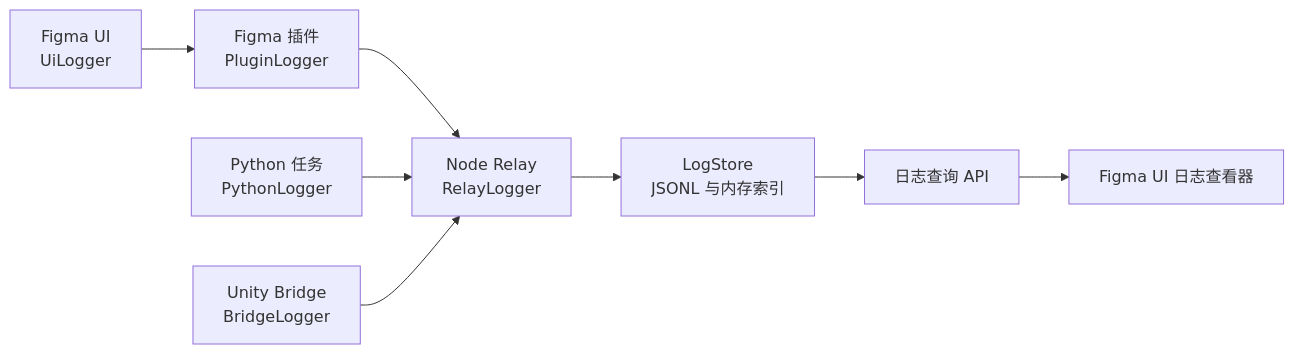
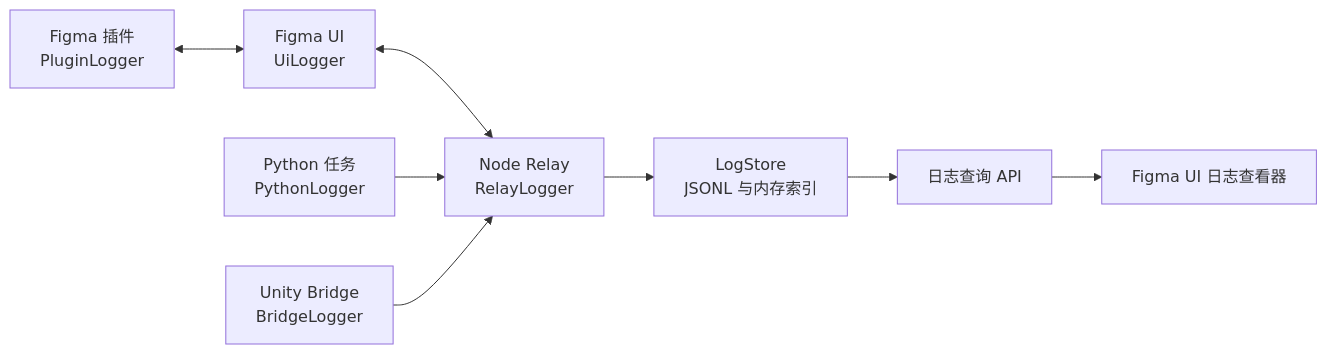
The diagram in docs/superpowers/specs/2026-07-18-end-to-end-logging-system-design.md (mrLeelin/FigmaCliReplay), drawn with Mermaid before and after one commit. The commit also changed other lines of this file, not shown here.

````diff
--- a/docs/superpowers/specs/2026-07-18-end-to-end-logging-system-design.md
+++ b/docs/superpowers/specs/2026-07-18-end-to-end-logging-system-design.md
@@ -60,10 +60,10 @@
 ```mermaid
 flowchart LR
-    UI["Figma UI<br/>UiLogger"] --> Plugin["Figma 插件<br/>PluginLogger"]
-    Plugin --> Relay["Node Relay<br/>RelayLogger"]
+    Plugin["Figma 插件<br/>PluginLogger"] <--> UI["Figma UI<br/>UiLogger"]
+    UI <--> Relay["Node Relay<br/>RelayLogger"]
     Python["Python 任务<br/>PythonLogger"] --> Relay
     Unity["Unity Bridge<br/>BridgeLogger"] --> Relay
     Relay --> Store["LogStore<br/>JSONL 与内存索引"]
     Store --> API["日志查询 API"]
     API --> Viewer["Figma UI 日志查看器"]
 ```
````
